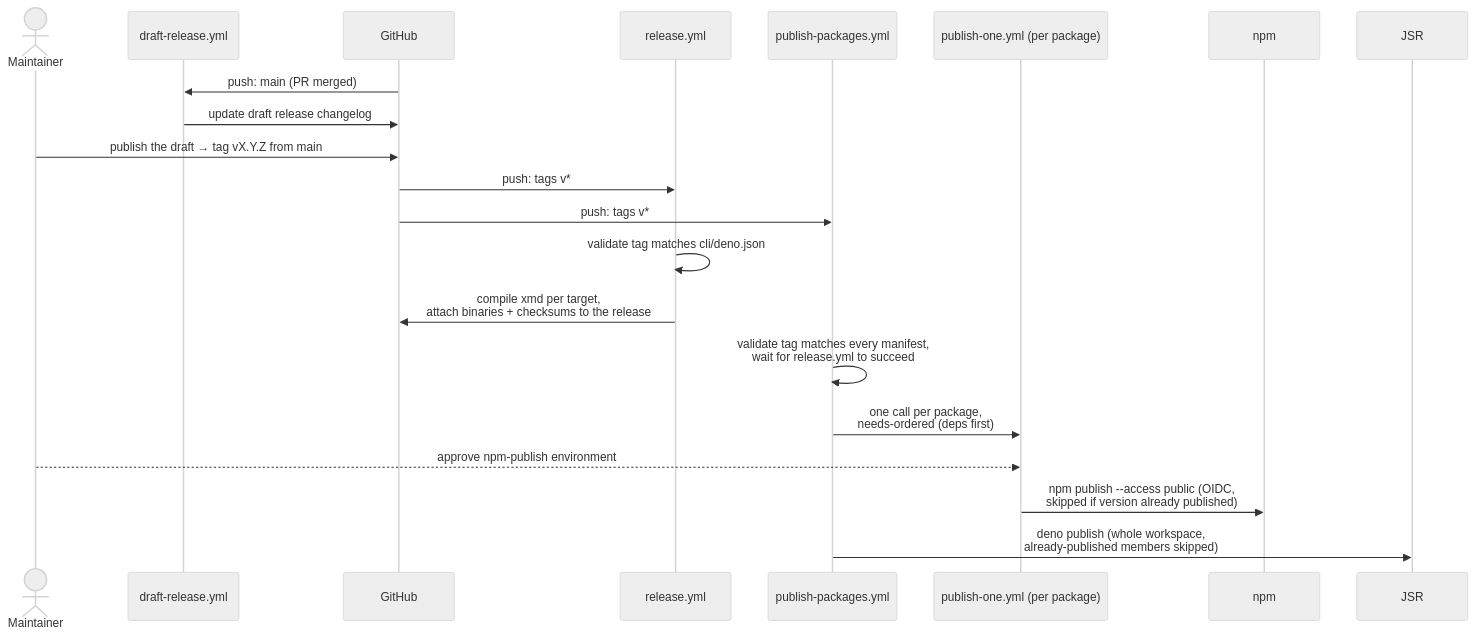
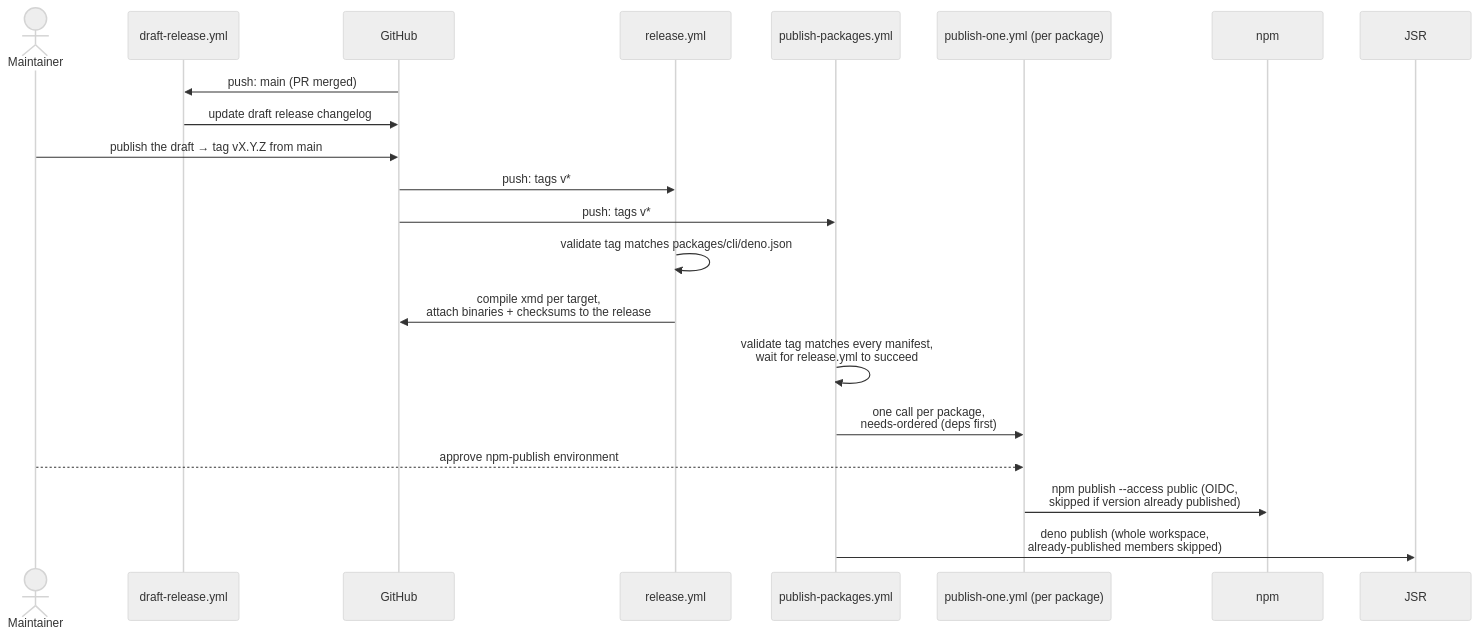
One commit to taras/executable.md changed the diagram in specs/release-process-spec.md. Above: the diagram before and after it, drawn with Mermaid (neutral theme). The commit also changed other lines of this file and 180 other files, not shown here.

````diff
--- a/specs/release-process-spec.md
+++ b/specs/release-process-spec.md
@@ -24,24 +24,24 @@
 ```mermaid
 sequenceDiagram
     actor M as Maintainer
     participant DR as draft-release.yml
     participant GH as GitHub
     participant R as release.yml
     participant PP as publish-packages.yml
     participant PO as publish-one.yml (per package)
     participant NPM as npm
     participant JSR as JSR
 
     GH->>DR: push: main (PR merged)
     DR->>GH: update draft release changelog
     M->>GH: publish the draft → tag vX.Y.Z from main
     GH->>R: push: tags v*
     GH->>PP: push: tags v*
-    R->>R: validate tag matches cli/deno.json
+    R->>R: validate tag matches packages/cli/deno.json
     R->>GH: compile xmd per target,<br/>attach binaries + checksums to the release
     PP->>PP: validate tag matches every manifest,<br/>wait for release.yml to succeed
     PP->>PO: one call per package,<br/>needs-ordered (deps first)
     M-->>PO: approve npm-publish environment
     PO->>NPM: npm publish --access public (OIDC,<br/>skipped if version already published)
     PP->>JSR: deno publish (whole workspace,<br/>already-published members skipped)
 ```
````
